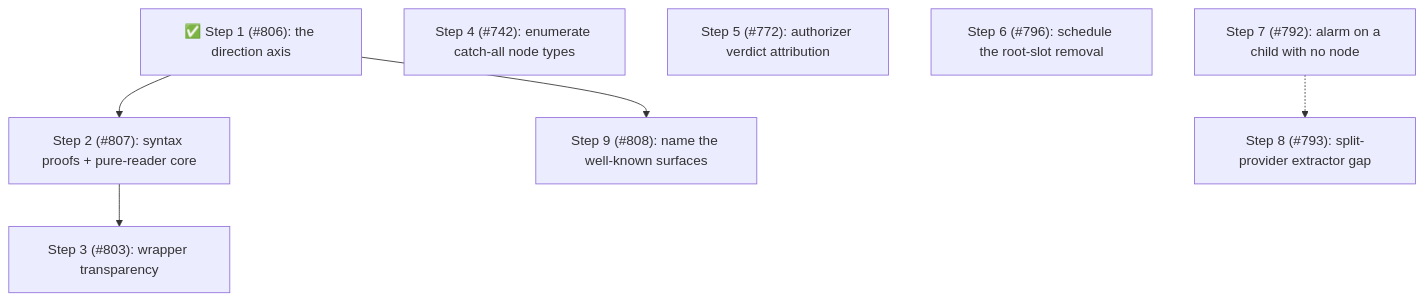
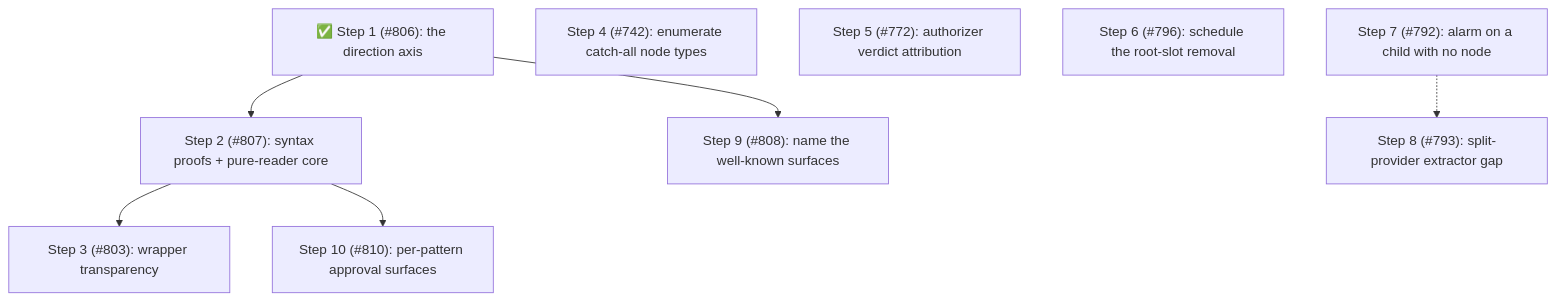
The fourth of 4 diagrams in packages/pi-permission-system/docs/architecture/architecture.md (gotgenes/pi-packages), drawn with Mermaid before and after one commit. The commit also changed other lines of this file, not shown here.

````diff
--- a/packages/pi-permission-system/docs/architecture/architecture.md
+++ b/packages/pi-permission-system/docs/architecture/architecture.md
@@ -1209,13 +1228,15 @@
 ```mermaid
 flowchart TD
     S1["✅ Step 1 (#806): the direction axis"] --> S2["Step 2 (#807): syntax proofs + pure-reader core"]
     S2 --> S3["Step 3 (#803): wrapper transparency"]
     S4["Step 4 (#742): enumerate catch-all node types"]
     S5["Step 5 (#772): authorizer verdict attribution"]
     S6["Step 6 (#796): schedule the root-slot removal"]
     S7["Step 7 (#792): alarm on a child with no node"]
     S8["Step 8 (#793): split-provider extractor gap"]
     S9["Step 9 (#808): name the well-known surfaces"]
+    S10["Step 10 (#810): per-pattern approval surfaces"]
     S7 -.-> S8
     S1 --> S9
+    S2 --> S10
 ```
````
